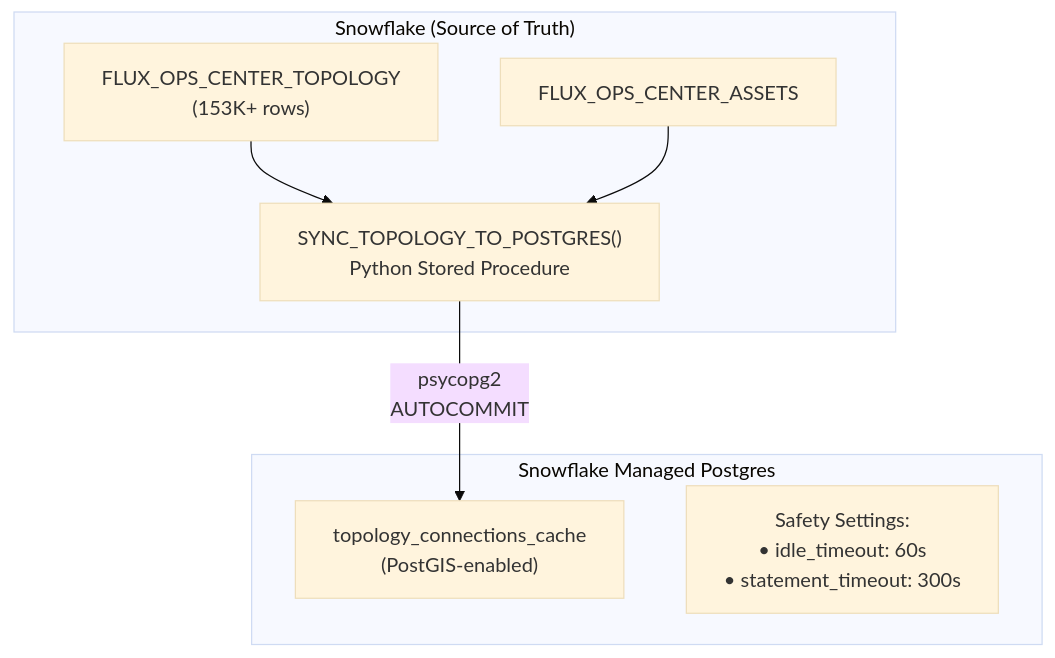
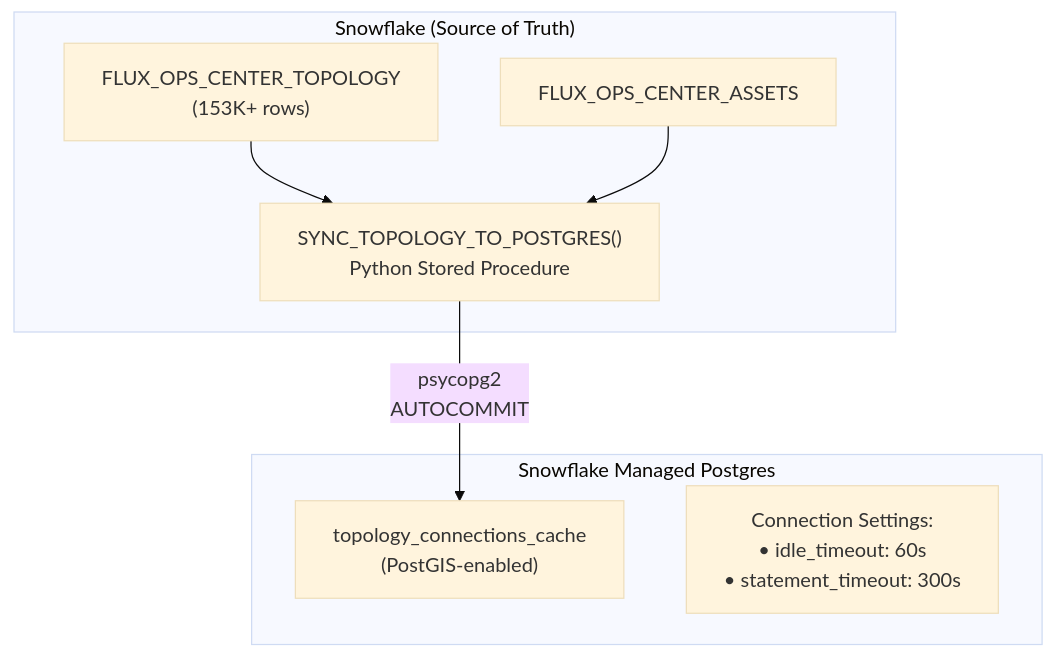
One commit to sfc-gh-abannerjee/flux-ops-center-spcs changed the diagram in docs/POSTGRES_SYNC_RELIABILITY.md. Above: the diagram before and after it, drawn with Mermaid (base theme). The commit also changed other lines of this file, not shown here.

First line of the commit message:
docs: Reframe Postgres sync as architecture guide

````diff
--- a/docs/POSTGRES_SYNC_RELIABILITY.md
+++ b/docs/POSTGRES_SYNC_RELIABILITY.md
@@ -11,18 +11,18 @@
 ```mermaid
 flowchart TB
     subgraph SF["Snowflake (Source of Truth)"]
         TOPOLOGY["FLUX_OPS_CENTER_TOPOLOGY<br/>(153K+ rows)"]
         ASSETS["FLUX_OPS_CENTER_ASSETS"]
         SYNC["SYNC_TOPOLOGY_TO_POSTGRES()<br/>Python Stored Procedure"]
         
         TOPOLOGY --> SYNC
         ASSETS --> SYNC
     end
     
     subgraph PG["Snowflake Managed Postgres"]
         CACHE["topology_connections_cache<br/>(PostGIS-enabled)"]
-        SETTINGS["Safety Settings:<br/>• idle_timeout: 60s<br/>• statement_timeout: 300s"]
+        SETTINGS["Connection Settings:<br/>• idle_timeout: 60s<br/>• statement_timeout: 300s"]
     end
     
     SYNC -->|"psycopg2<br/>AUTOCOMMIT"| CACHE
 ```
````
